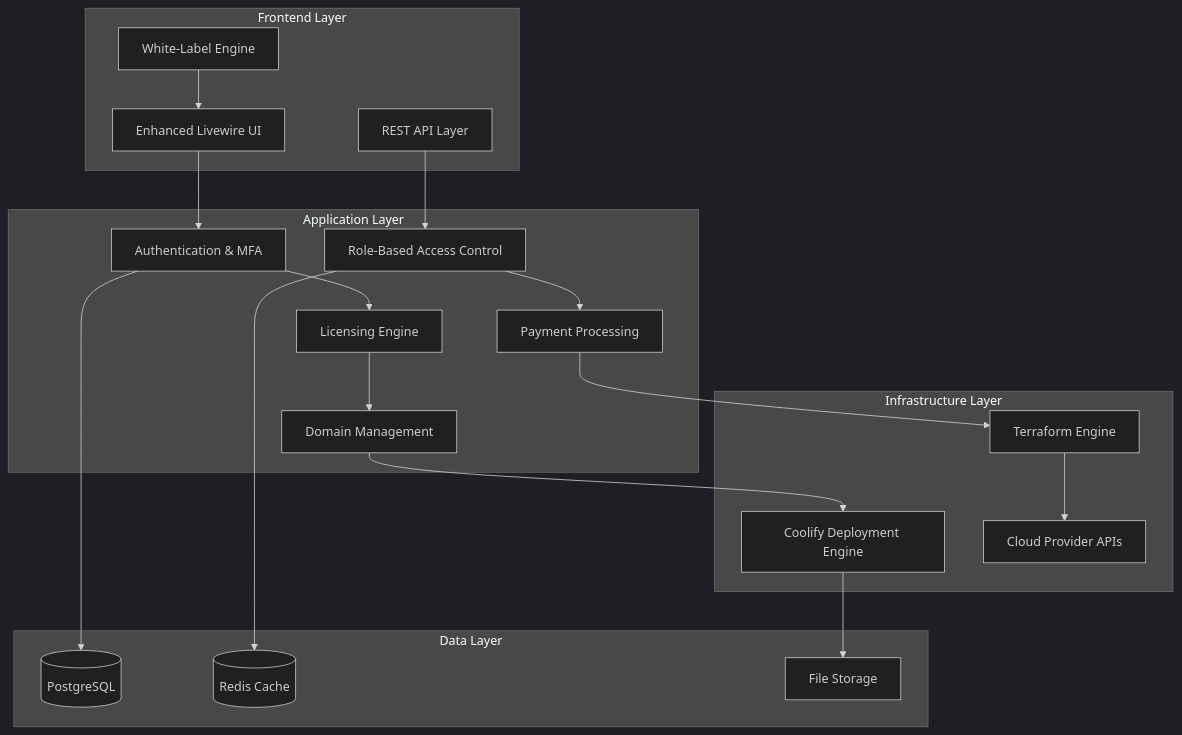
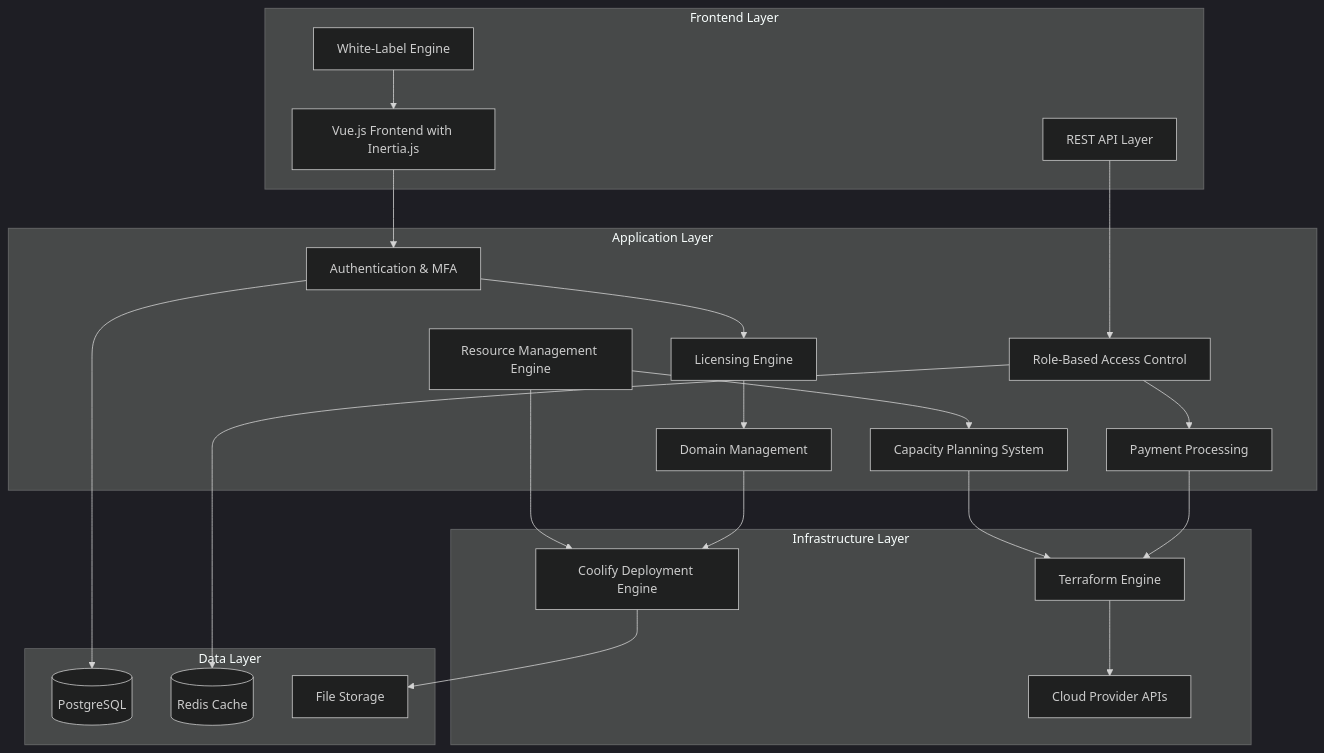
The diagram in .kiro/specs/coolify-enterprise-transformation/design.md (johnproblems/topgun), drawn with Mermaid (dark theme) before and after one commit. The commit also changed other lines of this file and 68 other files, not shown here.

````diff
--- a/.kiro/specs/coolify-enterprise-transformation/design.md
+++ b/.kiro/specs/coolify-enterprise-transformation/design.md
@@ -19,44 +22,49 @@
 ```mermaid
 graph TB
     subgraph "Frontend Layer"
-        UI[Enhanced Livewire UI]
+        UI[Vue.js Frontend with Inertia.js]
         API[REST API Layer]
         WL[White-Label Engine]
     end
     
     subgraph "Application Layer"
         AUTH[Authentication & MFA]
         RBAC[Role-Based Access Control]
         LIC[Licensing Engine]
         PAY[Payment Processing]
         DOM[Domain Management]
+        RES[Resource Management Engine]
+        CAP[Capacity Planning System]
     end
     
     subgraph "Infrastructure Layer"
         TF[Terraform Engine]
         COOL[Coolify Deployment Engine]
         PROV[Cloud Provider APIs]
     end
     
     subgraph "Data Layer"
         PG[(PostgreSQL)]
         REDIS[(Redis Cache)]
         FILES[File Storage]
     end
     
     UI --> AUTH
     API --> RBAC
     WL --> UI
     
     AUTH --> LIC
     RBAC --> PAY
     LIC --> DOM
+    RES --> CAP
     
     PAY --> TF
     DOM --> COOL
     TF --> PROV
+    RES --> COOL
+    CAP --> TF
     
     AUTH --> PG
     RBAC --> REDIS
     COOL --> FILES
 ```
````
